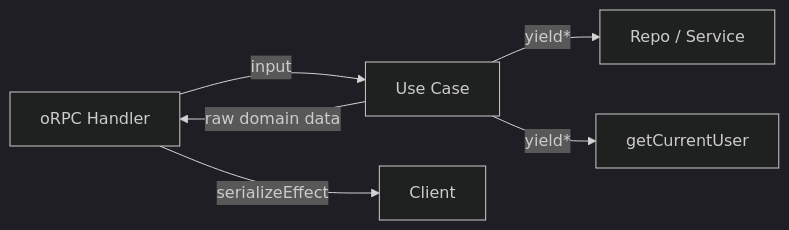
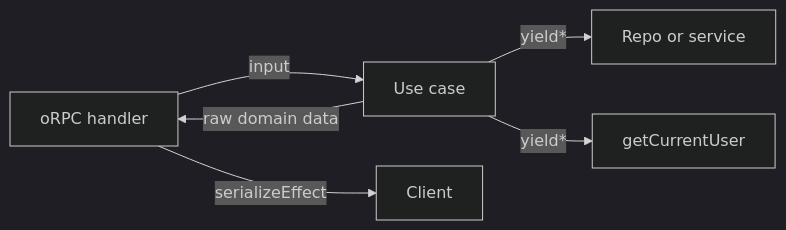
Before and after one commit to brandonbryant12/content-studio: the diagram in docs/patterns/use-case.md, drawn with Mermaid (dark theme). The commit also changed other lines of this file and 109 other files, not shown here.

````diff
--- a/docs/patterns/use-case.md
+++ b/docs/patterns/use-case.md
@@ -3,8 +3,8 @@
 ```mermaid
 flowchart LR
-  A[oRPC Handler] -->|"input"| B[Use Case]
-  B -->|"yield*"| C[Repo / Service]
-  B -->|"yield*"| D[getCurrentUser]
-  B -->|raw domain data| A
-  A -->|serializeEffect| E[Client]
+  H[oRPC handler] -->|"input"| U[Use case]
+  U -->|"yield*"| R[Repo or service]
+  U -->|"yield*"| G[getCurrentUser]
+  U -->|raw domain data| H
+  H -->|serializeEffect| C[Client]
 ```
````
